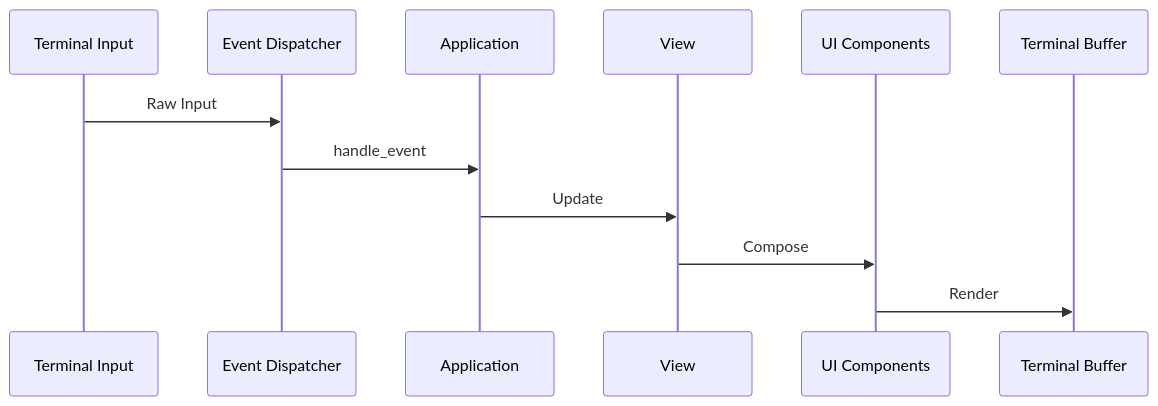
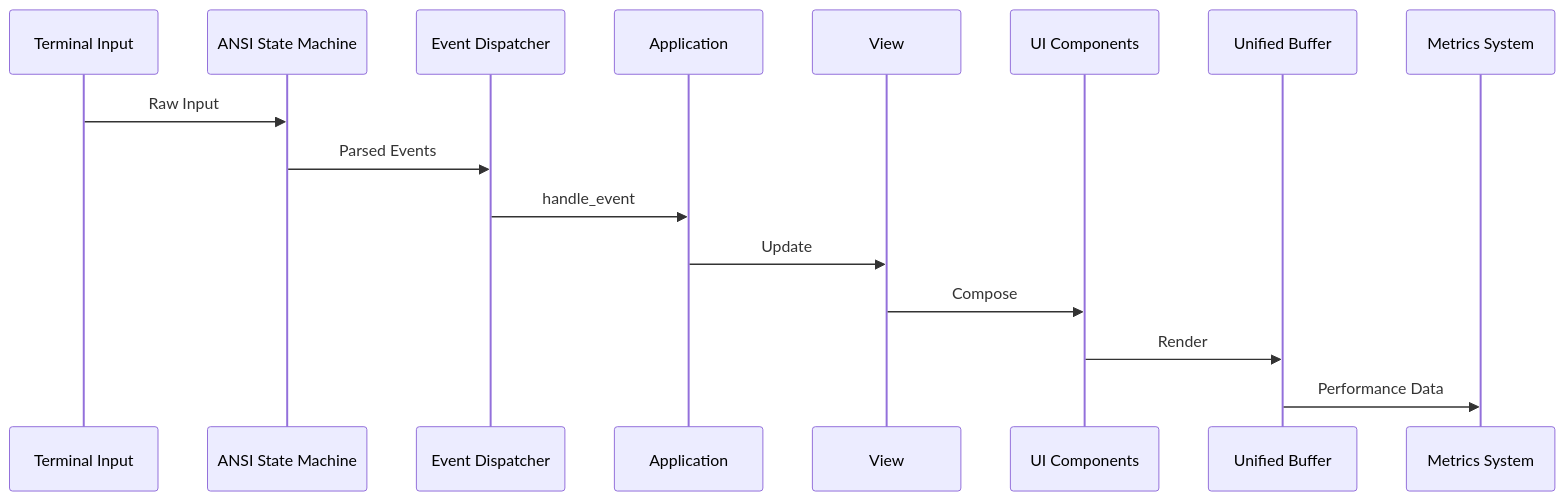
One commit to Hydepwns/raxol changed the eighth of 9 diagrams in docs/ARCHITECTURE.md. Above: the diagram before and after it, drawn with Mermaid. The commit also changed other lines of this file and 2 other files, not shown here.

First line of the commit message:
docs: update documentation for recent system enhancements

````diff
--- a/docs/ARCHITECTURE.md
+++ b/docs/ARCHITECTURE.md
@@ -199,15 +233,19 @@
 ```mermaid
 sequenceDiagram
     participant TI as Terminal Input
+    participant ANSI as ANSI State Machine
     participant ED as Event Dispatcher
     participant App as Application
     participant View as View
     participant UI as UI Components
-    participant TB as Terminal Buffer
+    participant TB as Unified Buffer
+    participant Metrics as Metrics System
 
-    TI->>ED: Raw Input
+    TI->>ANSI: Raw Input
+    ANSI->>ED: Parsed Events
     ED->>App: handle_event
     App->>View: Update
     View->>UI: Compose
     UI->>TB: Render
+    TB->>Metrics: Performance Data
 ```
````
